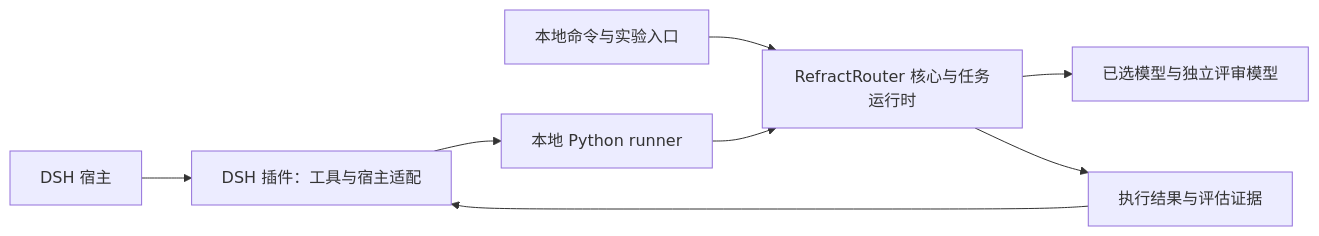
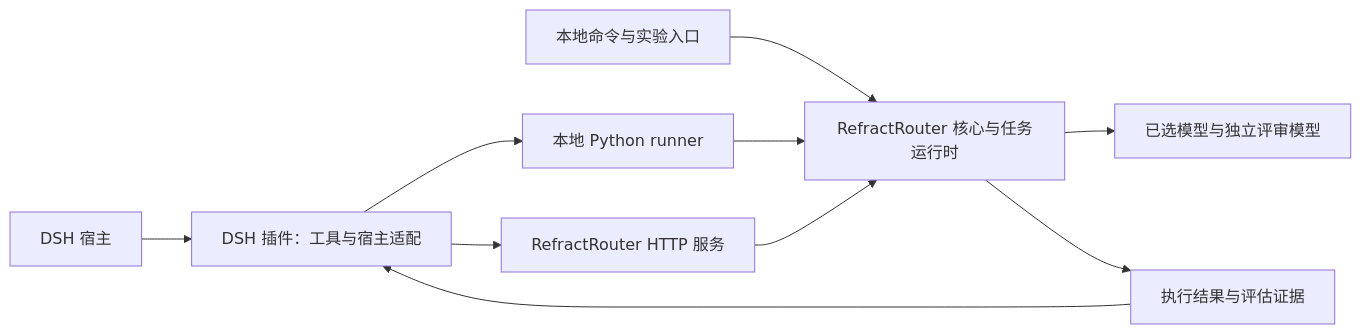
One commit to AEALab/RefractRouter changed the diagram in docs/architecture.md. Above: the diagram before and after it, drawn with Mermaid. The commit also changed other lines of this file and 20 other files, not shown here.

````diff
--- a/docs/architecture.md
+++ b/docs/architecture.md
@@ -31,10 +31,12 @@
 ```mermaid
 flowchart LR
     DSH[DSH 宿主] --> Plugin[DSH 插件：工具与宿主适配]
     Plugin --> Runner[本地 Python runner]
+    Plugin --> HTTP[RefractRouter HTTP 服务]
     CLI[本地命令与实验入口] --> Core[RefractRouter 核心与任务运行时]
     Runner --> Core
+    HTTP --> Core
     Core --> Models[已选模型与独立评审模型]
     Core --> Results[执行结果与评估证据]
     Results --> Plugin
 ```
````
